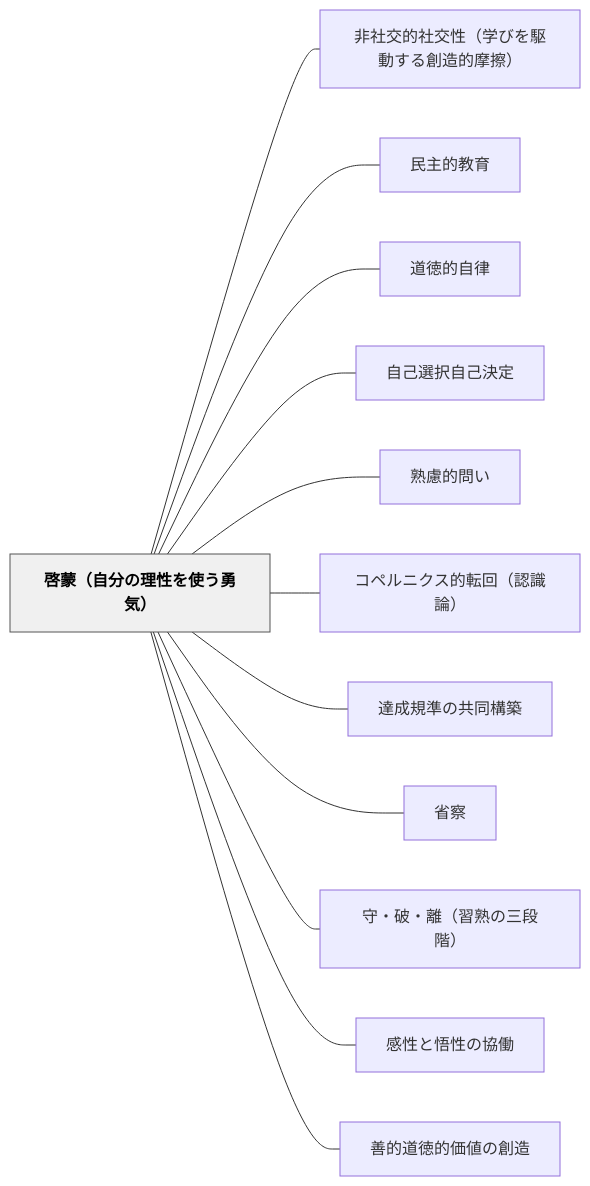
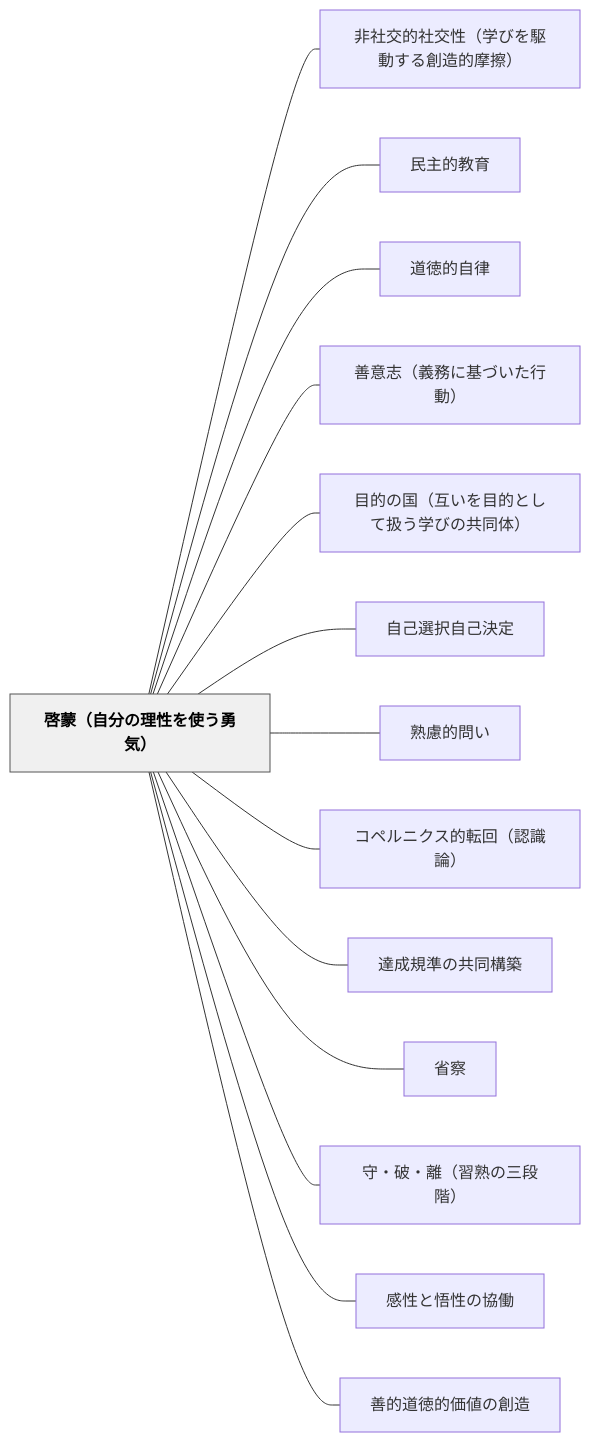
Before and after one commit to unknownthings-ed-patterns/unknownthings-ed-patterns: the diagram in content/パタン/啓蒙（自分の理性を使う勇気）.md, drawn with Mermaid. The commit also changed other lines of this file and 18 other files, not shown here.

````diff
--- a/content/パタン/啓蒙（自分の理性を使う勇気）.md
+++ b/content/パタン/啓蒙（自分の理性を使う勇気）.md
@@ -108,30 +117,34 @@
 ```mermaid
 flowchart LR
     ne59593e89299efbc88e887aae58886e381aee79086e680a7e38292e4bdbfe38186e58b87e6b097efbc89["啓蒙（自分の理性を使う勇気）"]
     ne99d9ee7a4bee4baa4e79a84e7a4bee4baa4e680a7efbc88e5ada6e381b3e38292e9a786e58b95e38199e3828be589b5e980a0e79a84e691a9e693a6efbc89["非社交的社交性（学びを駆動する創造的摩擦）"]
     ne6b091e4b8bbe79a84e69599e882b2["民主的教育"]
     ne98193e5beb3e79a84e887aae5be8b["道徳的自律"]
+    ne59684e6848fe5bf97efbc88e7bea9e58b99e381abe59fbae381a5e38184e3819fe8a18ce58b95efbc89["善意志（義務に基づいた行動）"]
+    ne79baee79a84e381aee59bbdefbc88e4ba92e38184e38292e79baee79a84e381a8e38197e381a6e689b1e38186e5ada6e381b3e381aee585b1e5908ce4bd93efbc89["目的の国（互いを目的として扱う学びの共同体）"]
     ne887aae5b7b1e981b8e68a9ee887aae5b7b1e6b1bae5ae9a["自己選択自己決定"]
     ne7869fe685aee79a84e5958fe38184["熟慮的問い"]
     ne382b3e3839ae383abe3838be382afe382b9e79a84e8bba2e59b9eefbc88e8aa8de8ad98e8ab96efbc89["コペルニクス的転回（認識論）"]
     ne98194e68890e8a68fe6ba96e381aee585b1e5908ce6a78be7af89["達成規準の共同構築"]
     ne79c81e5af9f["省察"]
     ne5ae88e383bbe7a0b4e383bbe99ba2efbc88e7bf92e7869fe381aee4b889e6aeb5e99a8eefbc89["守・破・離（習熟の三段階）"]
     ne6849fe680a7e381a8e6829fe680a7e381aee58d94e5838d["感性と悟性の協働"]
     ne59684e79a84e98193e5beb3e79a84e4bea1e580a4e381aee589b5e980a0["善的道徳的価値の創造"]
 
     ne59593e89299efbc88e887aae58886e381aee79086e680a7e38292e4bdbfe38186e58b87e6b097efbc89 --- ne99d9ee7a4bee4baa4e79a84e7a4bee4baa4e680a7efbc88e5ada6e381b3e38292e9a786e58b95e38199e3828be589b5e980a0e79a84e691a9e693a6efbc89
     ne59593e89299efbc88e887aae58886e381aee79086e680a7e38292e4bdbfe38186e58b87e6b097efbc89 --- ne6b091e4b8bbe79a84e69599e882b2
     ne59593e89299efbc88e887aae58886e381aee79086e680a7e38292e4bdbfe38186e58b87e6b097efbc89 --- ne98193e5beb3e79a84e887aae5be8b
+    ne59593e89299efbc88e887aae58886e381aee79086e680a7e38292e4bdbfe38186e58b87e6b097efbc89 --- ne59684e6848fe5bf97efbc88e7bea9e58b99e381abe59fbae381a5e38184e3819fe8a18ce58b95efbc89
+    ne59593e89299efbc88e887aae58886e381aee79086e680a7e38292e4bdbfe38186e58b87e6b097efbc89 --- ne79baee79a84e381aee59bbdefbc88e4ba92e38184e38292e79baee79a84e381a8e38197e381a6e689b1e38186e5ada6e381b3e381aee585b1e5908ce4bd93efbc89
     ne59593e89299efbc88e887aae58886e381aee79086e680a7e38292e4bdbfe38186e58b87e6b097efbc89 --- ne887aae5b7b1e981b8e68a9ee887aae5b7b1e6b1bae5ae9a
     ne59593e89299efbc88e887aae58886e381aee79086e680a7e38292e4bdbfe38186e58b87e6b097efbc89 --- ne7869fe685aee79a84e5958fe38184
     ne59593e89299efbc88e887aae58886e381aee79086e680a7e38292e4bdbfe38186e58b87e6b097efbc89 --- ne382b3e3839ae383abe3838be382afe382b9e79a84e8bba2e59b9eefbc88e8aa8de8ad98e8ab96efbc89
     ne59593e89299efbc88e887aae58886e381aee79086e680a7e38292e4bdbfe38186e58b87e6b097efbc89 --- ne98194e68890e8a68fe6ba96e381aee585b1e5908ce6a78be7af89
     ne59593e89299efbc88e887aae58886e381aee79086e680a7e38292e4bdbfe38186e58b87e6b097efbc89 --- ne79c81e5af9f
     ne59593e89299efbc88e887aae58886e381aee79086e680a7e38292e4bdbfe38186e58b87e6b097efbc89 --- ne5ae88e383bbe7a0b4e383bbe99ba2efbc88e7bf92e7869fe381aee4b889e6aeb5e99a8eefbc89
     ne59593e89299efbc88e887aae58886e381aee79086e680a7e38292e4bdbfe38186e58b87e6b097efbc89 --- ne6849fe680a7e381a8e6829fe680a7e381aee58d94e5838d
     ne59593e89299efbc88e887aae58886e381aee79086e680a7e38292e4bdbfe38186e58b87e6b097efbc89 --- ne59684e79a84e98193e5beb3e79a84e4bea1e580a4e381aee589b5e980a0
 
     classDef hub fill:#f0f0f0,stroke:#555,color:#000,font-weight:bold
     class ne59593e89299efbc88e887aae58886e381aee79086e680a7e38292e4bdbfe38186e58b87e6b097efbc89 hub
 ```
````
